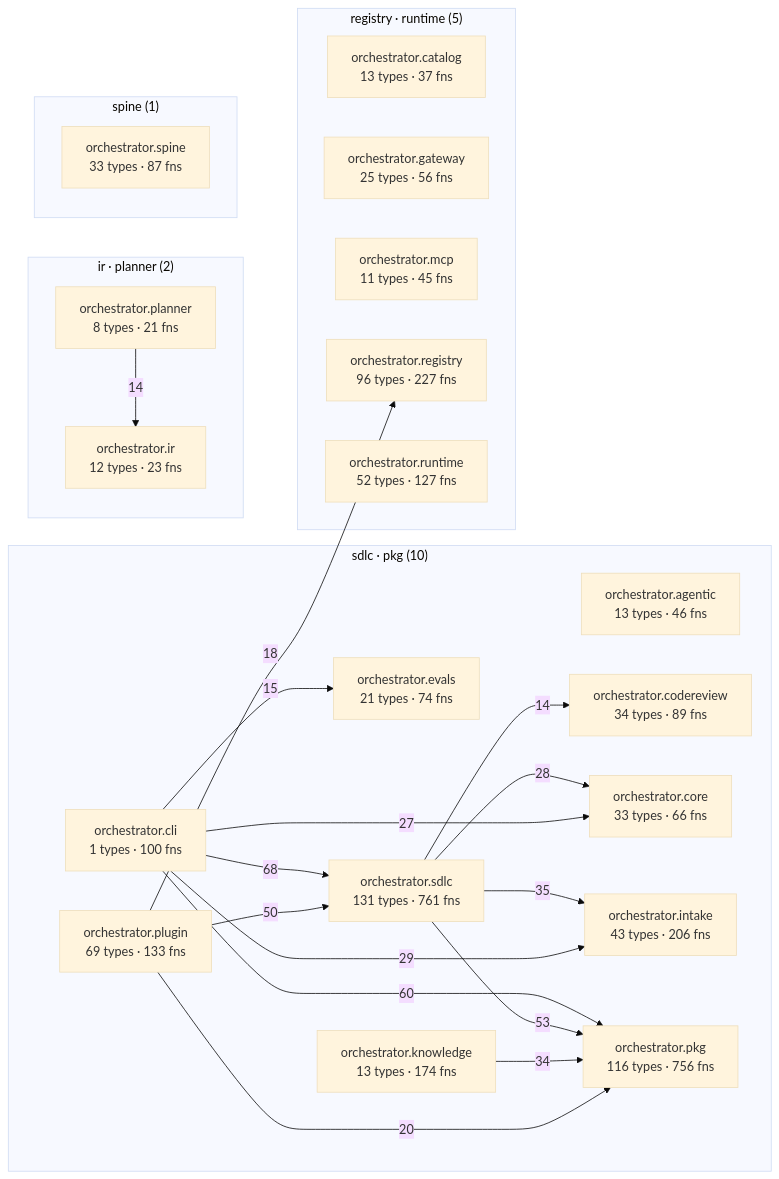
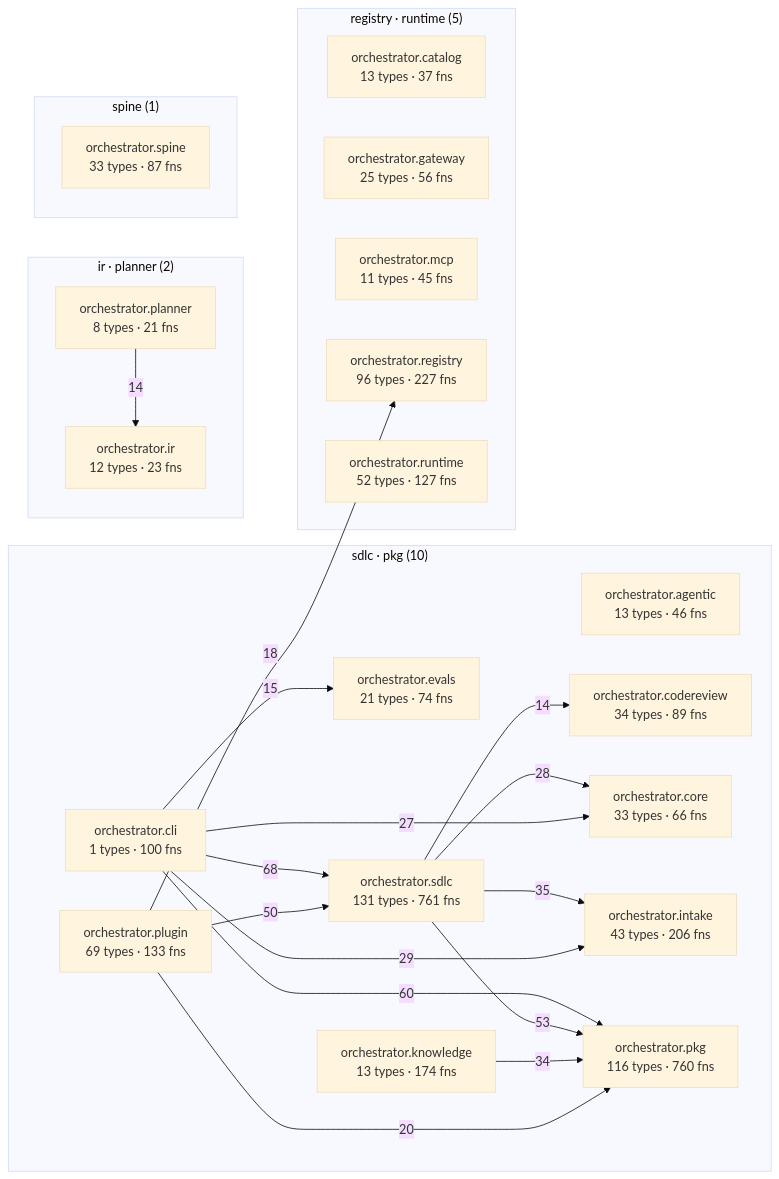
The diagram in episteme/architecture.md (palakupadhyay23/spine), drawn with Mermaid (base theme) before and after one commit. The commit also changed other lines of this file and 6 other files, not shown here.

````diff
--- a/episteme/architecture.md
+++ b/episteme/architecture.md
@@ -54,43 +54,43 @@
 ```mermaid
 flowchart LR
   subgraph c_2["sdlc · pkg (10)"]
     aorchestratoragentic["orchestrator.agentic<br/>13 types · 46 fns"]
     aorchestratorcli["orchestrator.cli<br/>1 types · 100 fns"]
     aorchestratorcodereview["orchestrator.codereview<br/>34 types · 89 fns"]
     aorchestratorcore["orchestrator.core<br/>33 types · 66 fns"]
     aorchestratorevals["orchestrator.evals<br/>21 types · 74 fns"]
     aorchestratorintake["orchestrator.intake<br/>43 types · 206 fns"]
     aorchestratorknowledge["orchestrator.knowledge<br/>13 types · 174 fns"]
-    aorchestratorpkg["orchestrator.pkg<br/>116 types · 756 fns"]
+    aorchestratorpkg["orchestrator.pkg<br/>116 types · 760 fns"]
     aorchestratorplugin["orchestrator.plugin<br/>69 types · 133 fns"]
     aorchestratorsdlc["orchestrator.sdlc<br/>131 types · 761 fns"]
   end
   subgraph c_4["registry · runtime (5)"]
     aorchestratorcatalog["orchestrator.catalog<br/>13 types · 37 fns"]
     aorchestratorgateway["orchestrator.gateway<br/>25 types · 56 fns"]
     aorchestratormcp["orchestrator.mcp<br/>11 types · 45 fns"]
     aorchestratorregistry["orchestrator.registry<br/>96 types · 227 fns"]
     aorchestratorruntime["orchestrator.runtime<br/>52 types · 127 fns"]
   end
   subgraph c_7["ir · planner (2)"]
     aorchestratorir["orchestrator.ir<br/>12 types · 23 fns"]
     aorchestratorplanner["orchestrator.planner<br/>8 types · 21 fns"]
   end
   subgraph c_12["spine (1)"]
     aorchestratorspine["orchestrator.spine<br/>33 types · 87 fns"]
   end
   aorchestratorcli -->|68| aorchestratorsdlc
   aorchestratorcli -->|60| aorchestratorpkg
   aorchestratorsdlc -->|53| aorchestratorpkg
   aorchestratorplugin -->|50| aorchestratorsdlc
   aorchestratorsdlc -->|35| aorchestratorintake
   aorchestratorknowledge -->|34| aorchestratorpkg
   aorchestratorcli -->|29| aorchestratorintake
   aorchestratorsdlc -->|28| aorchestratorcore
   aorchestratorcli -->|27| aorchestratorcore
   aorchestratorplugin -->|20| aorchestratorpkg
   aorchestratorplugin -->|18| aorchestratorregistry
   aorchestratorcli -->|15| aorchestratorevals
   aorchestratorplanner -->|14| aorchestratorir
   aorchestratorsdlc -->|14| aorchestratorcodereview
 ```
````
